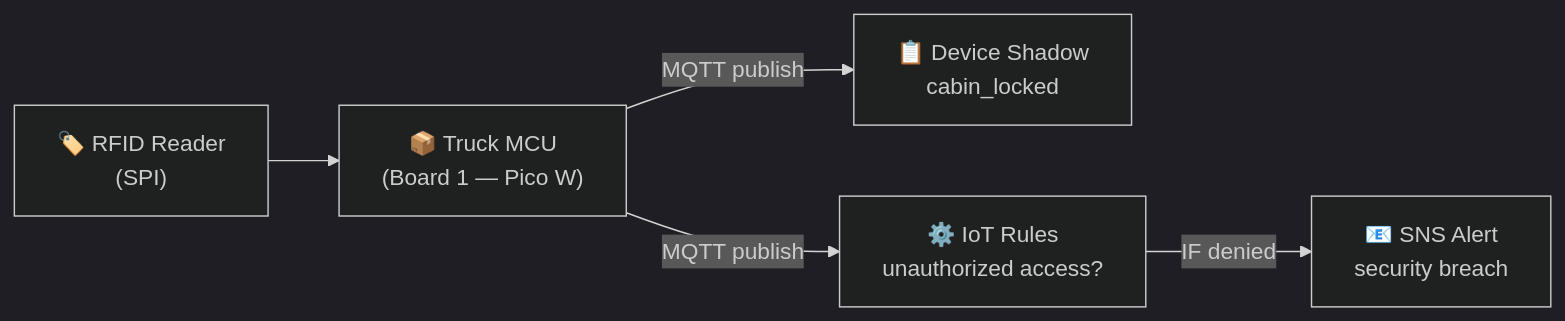
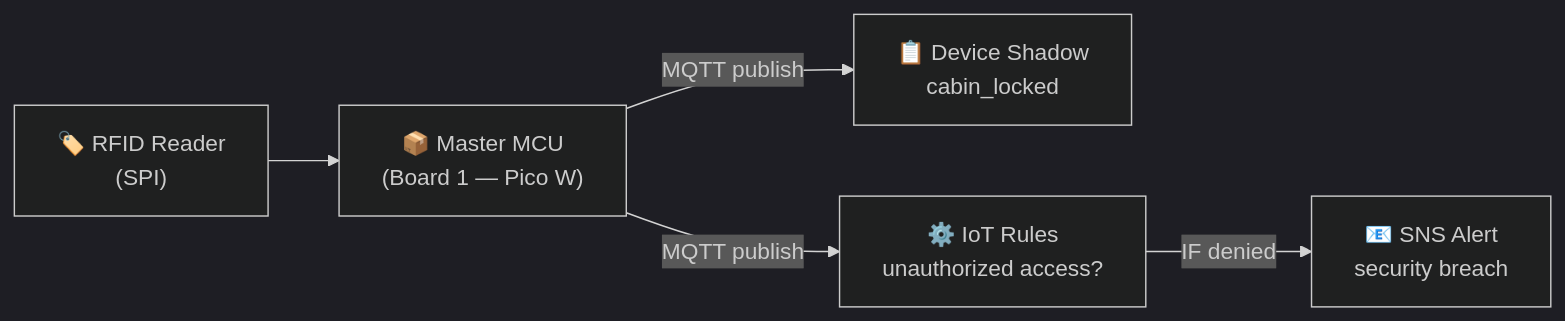
One commit to prgrobots/Iot2_new changed the third of 7 diagrams in docs/electronics/09.md. Above: the diagram before and after it, drawn with Mermaid (dark theme). The commit also changed other lines of this file and 60 other files, not shown here.

First line of the commit message:
Update MCU architecture: Remove pit operator role, clarify Master/Slave MCU

````diff
--- a/docs/electronics/09.md
+++ b/docs/electronics/09.md
@@ -167,17 +167,17 @@
 ```mermaid
 graph LR
     RFID["🏷️ RFID Reader<br/>(SPI)"]
     
-    Board1["📦 Truck MCU<br/>(Board 1 — Pico W)"]
+    Board1["📦 Master MCU<br/>(Board 1 — Pico W)"]
     
     Shadow["📋 Device Shadow<br/>cabin_locked"]
     Rules["⚙️ IoT Rules<br/>unauthorized access?"]
     SNS["📧 SNS Alert<br/>security breach"]
     
     RFID --> Board1
     
     Board1 -->|MQTT publish| Shadow
     Board1 -->|MQTT publish| Rules
     
     Rules -->|IF denied| SNS
 ```
````
